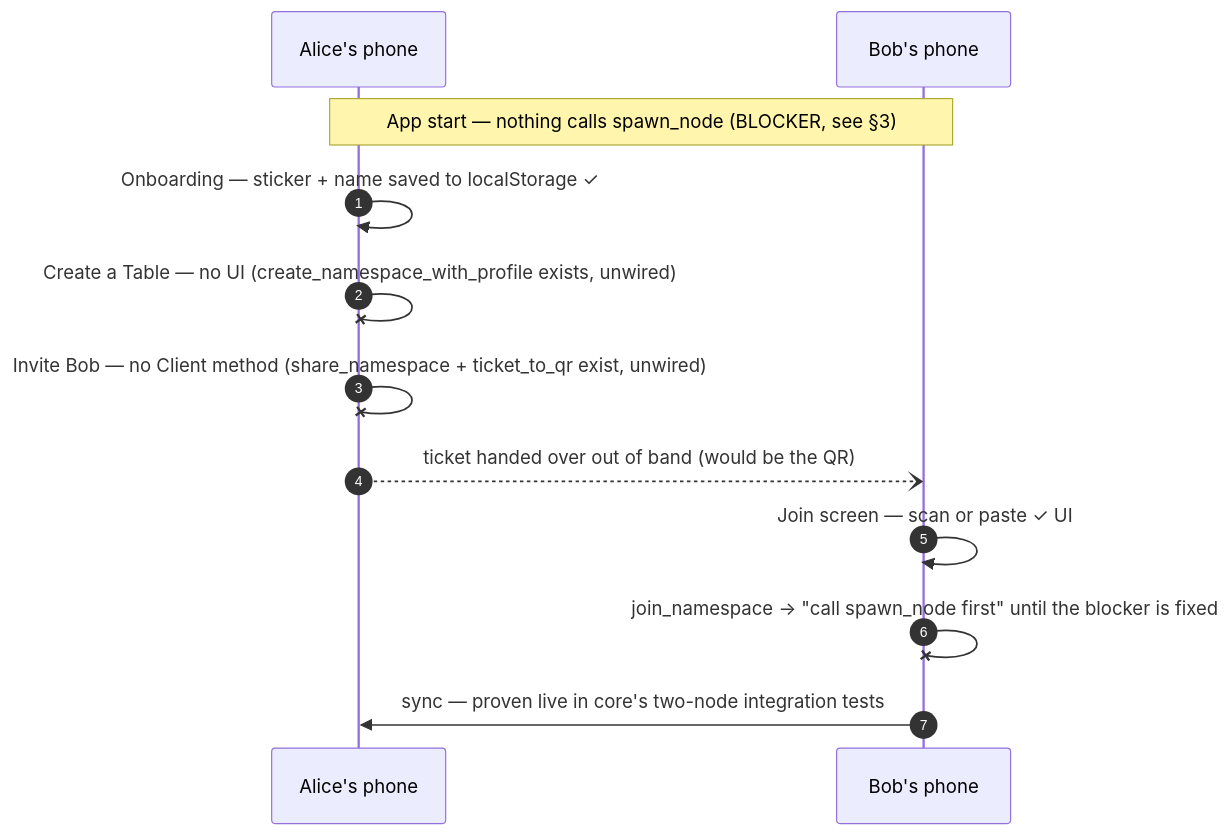
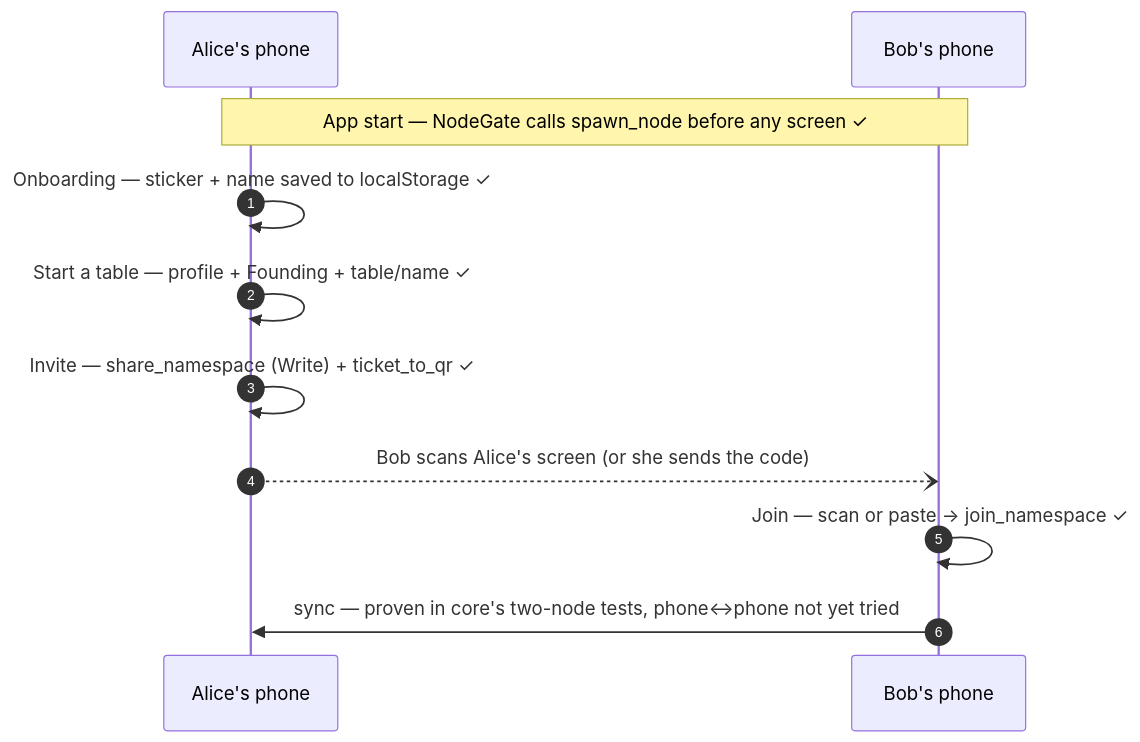
Before and after one commit to jedelman/atproto-iroh: the second of 2 diagrams in crates/atproto-iroh-tauri/USER_FLOW.md, drawn with Mermaid. The commit also changed other lines of this file and 19 other files, not shown here.

````diff
--- a/crates/atproto-iroh-tauri/USER_FLOW.md
+++ b/crates/atproto-iroh-tauri/USER_FLOW.md
@@ -62,15 +66,14 @@
 ```mermaid
 sequenceDiagram
   autonumber
   participant A as Alice's phone
   participant B as Bob's phone
 
-  Note over A,B: App start — nothing calls spawn_node (BLOCKER, see §3)
+  Note over A,B: App start — NodeGate calls spawn_node before any screen ✓
   A->>A: Onboarding — sticker + name saved to localStorage ✓
-  A-xA: Create a Table — no UI (create_namespace_with_profile exists, unwired)
-  A-xA: Invite Bob — no Client method (share_namespace + ticket_to_qr exist, unwired)
-  A--)B: ticket handed over out of band (would be the QR)
-  B->>B: Join screen — scan or paste ✓ UI
-  B-xB: join_namespace → "call spawn_node first" until the blocker is fixed
-  B->>A: sync — proven live in core's two-node integration tests
+  A->>A: Start a table — profile + Founding + table/name ✓
+  A->>A: Invite — share_namespace (Write) + ticket_to_qr ✓
+  A--)B: Bob scans Alice's screen (or she sends the code)
+  B->>B: Join — scan or paste → join_namespace ✓
+  B->>A: sync — proven in core's two-node tests, phone↔phone not yet tried
 ```
````
